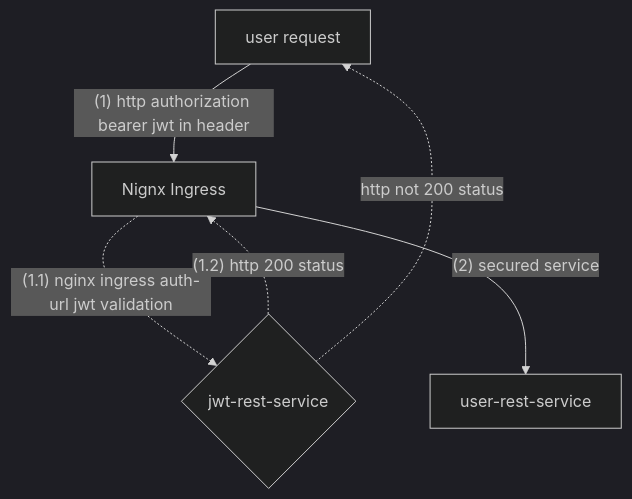
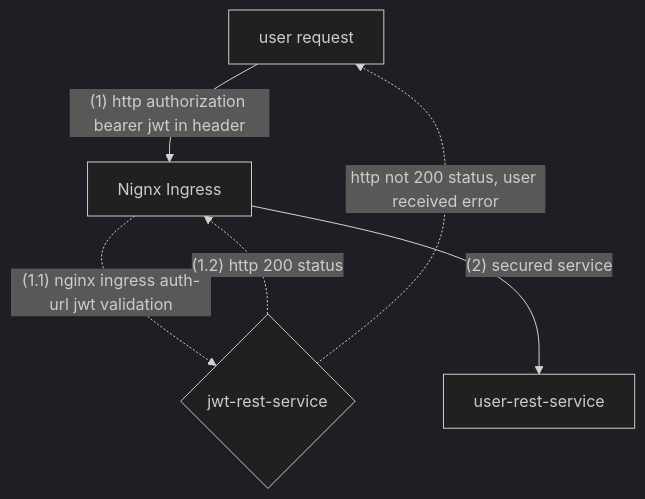
The diagram in custom-nginx-authentication-with-auth-url-annotation/README.md (sonamsamdupkhangsar/sonamsamdupkhangsar.github.io), drawn with Mermaid (dark theme) before and after one commit. The commit also changed other lines of this file, not shown here.

````diff
--- a/custom-nginx-authentication-with-auth-url-annotation/README.md
+++ b/custom-nginx-authentication-with-auth-url-annotation/README.md
@@ -10,8 +15,8 @@
 ```mermaid
 flowchart TD    
     A[user request] --> |"(1) http authorization bearer jwt in header"| B[Nignx Ingress]
     B -.-> |"(1.1) nginx ingress auth-url jwt validation"| C{jwt-rest-service}
     C -.-> |"(1.2) http 200 status"| B
     B -->|"(2) secured service"| D[user-rest-service] 
-    C -.-> | http not 200 status| A
+    C -.-> | http not 200 status, user received error| A
 ``` 
````
